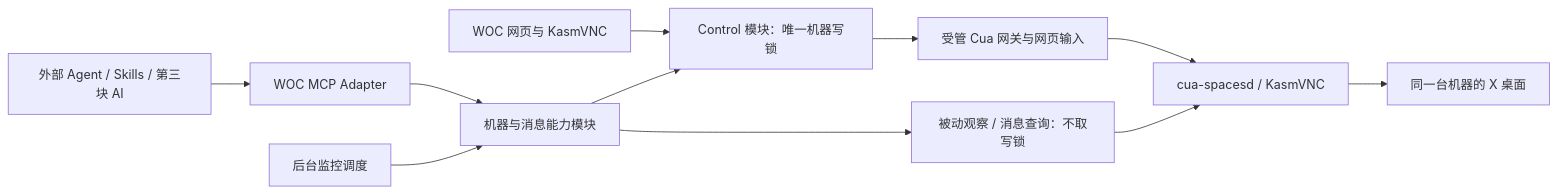
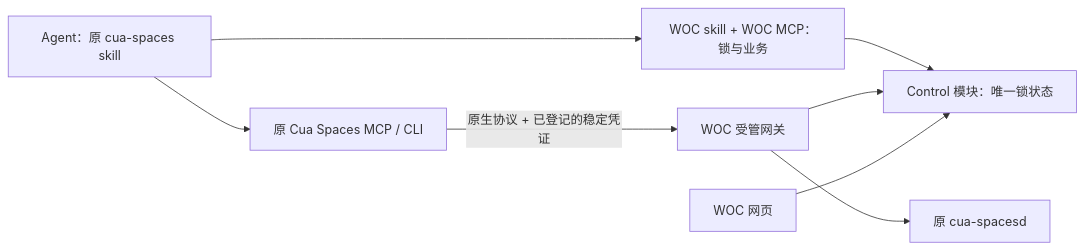
One commit to muzhi1991/WechatOnCloud changed the diagram in doc/dev/Cua-消息访问与协作监控方案.md. Above: the diagram before and after it, drawn with Mermaid. The commit also changed other lines of this file and 1 other file, not shown here.

Commit message:
docs: preserve native Cua with gateway-owned client locks

````diff
--- a/doc/dev/Cua-消息访问与协作监控方案.md
+++ b/doc/dev/Cua-消息访问与协作监控方案.md
@@ -68,13 +68,10 @@
 ```mermaid
 flowchart LR
-  W[WOC 网页与 KasmVNC] --> C[Control 模块：唯一机器写锁]
-  A[外部 Agent / Skills / 第三块 AI] --> M[WOC MCP Adapter]
-  M --> O[机器与消息能力模块]
-  B[后台监控调度] --> O
-  O --> C
-  O --> R[被动观察 / 消息查询：不取写锁]
-  C --> G[受管 Cua 网关与网页输入]
-  G --> D[cua-spacesd / KasmVNC]
-  R --> D
-  D --> X[同一台机器的 X 桌面]
+  A[Agent：原 cua-spaces skill] --> M[原 Cua Spaces MCP / CLI]
+  M -->|原生协议 + 已登记的稳定凭证| G[WOC 受管网关]
+  A --> W[WOC skill + WOC MCP：锁与业务]
+  W --> C[Control 模块：唯一锁状态]
+  G --> C
+  V[WOC 网页] --> C
+  G --> D[原 cua-spacesd]
 ```
````
